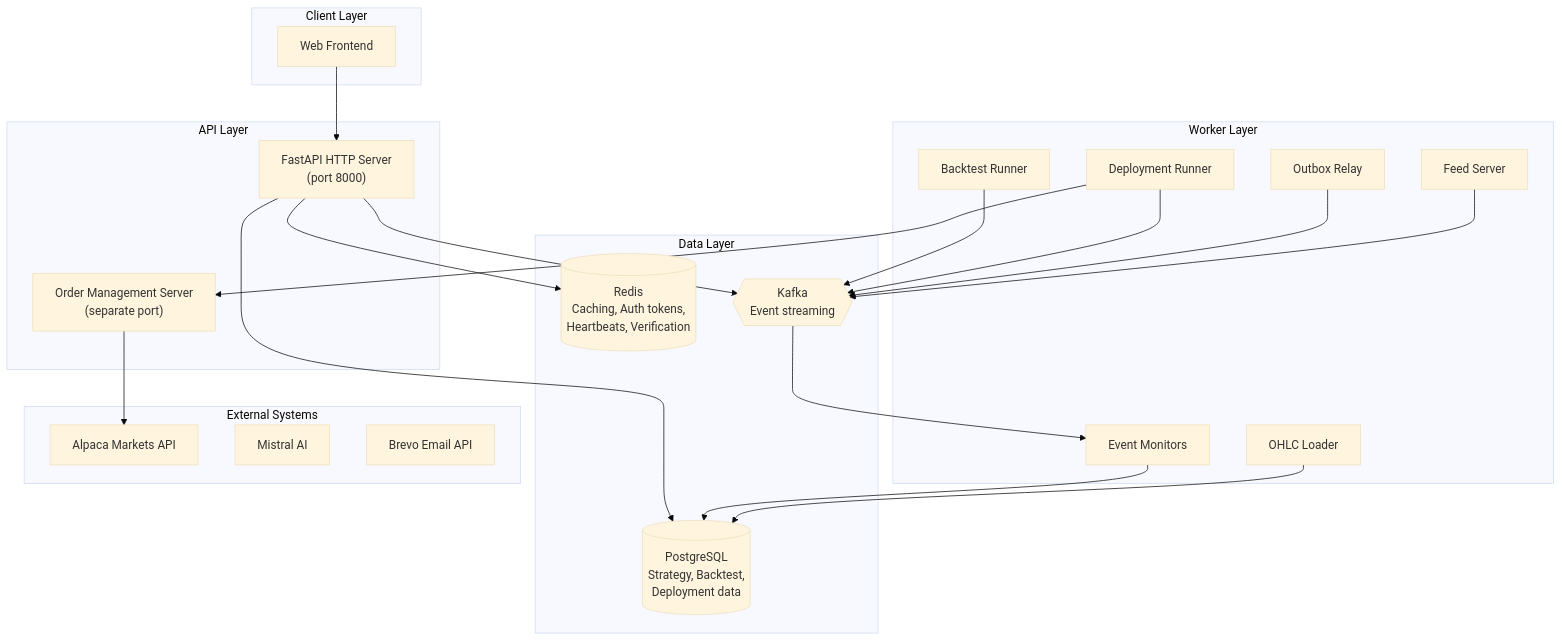
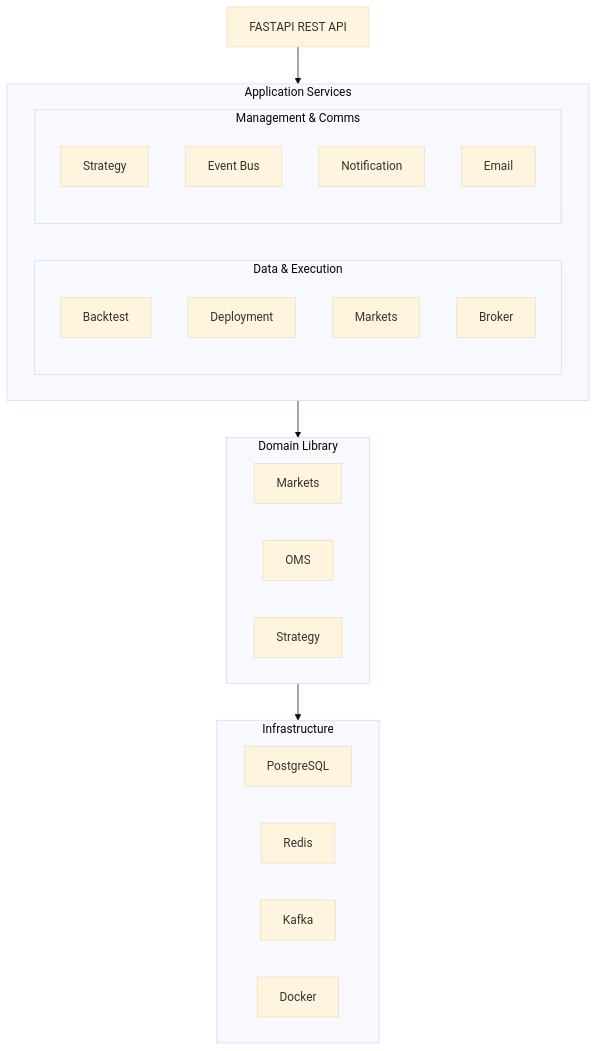
One commit to JadoreThompson/vegate-backend changed the first of 6 diagrams in README.md. Above: the diagram before and after it, drawn with Mermaid (base theme). The commit also changed other lines of this file, not shown here.

````diff
--- a/README.md
+++ b/README.md
@@ -36,46 +26,41 @@
 ```mermaid
-flowchart TB
-    subgraph Client["Client Layer"]
-        UI["Web Frontend"]
+flowchart TD
+    API["FASTAPI REST API"]
+
+    subgraph Services["Application Services"]
+        direction LR
+        subgraph Exec["Data & Execution"]
+            direction TB
+            S1["Backtest"]
+            S2["Deployment"]
+            S3["Markets"]
+            S4["Broker"]
+        end
+        subgraph Mgmt["Management & Comms"]
+            direction TB
+            S5["Strategy"]
+            S6["Event Bus"]
+            S7["Notification"]
+            S8["Email"]
+        end
     end
 
-    subgraph API["API Layer"]
-        HTTP["FastAPI HTTP Server<br/>(port 8000)"]
-        OMS["Order Management Server<br/>(separate port)"]
+    subgraph Domain["Domain Library"]
+        direction LR
+        D1["Markets"]
+        D2["OMS"]
+        D3["Strategy"]
     end
 
-    subgraph Workers["Worker Layer"]
-        BT["Backtest Runner"]
-        DP["Deployment Runner"]
-        EV["Event Monitors"]
-        OB["Outbox Relay"]
-        LD["OHLC Loader"]
-        FD["Feed Server"]
+    subgraph Infra["Infrastructure"]
+        direction LR
+        I1["PostgreSQL"]
+        I2["Redis"]
+        I3["Kafka"]
+        I4["Docker"]
     end
 
-    subgraph Data["Data Layer"]
-        PG[("PostgreSQL<br/>Strategy, Backtest,<br/>Deployment data")]
-        RD[("Redis<br/>Caching, Auth tokens,<br/>Heartbeats, Verification")]
-        KF{{"Kafka<br/>Event streaming"}}
-    end
-
-    subgraph External["External Systems"]
-        ALPACA["Alpaca Markets API"]
-        MISTRAL["Mistral AI"]
-        BREVO["Brevo Email API"]
-    end
-
-    UI --> HTTP
-    HTTP --> PG
-    HTTP --> RD
-    HTTP --> KF
-    OMS --> ALPACA
-    BT --> KF
-    DP --> OMS
-    DP --> KF
-    KF --> EV
-    EV --> PG
-    OB --> KF
-    LD --> PG
-    FD --> KF
+    API --> Services
+    Services --> Domain
+    Domain --> Infra
 ```
````
